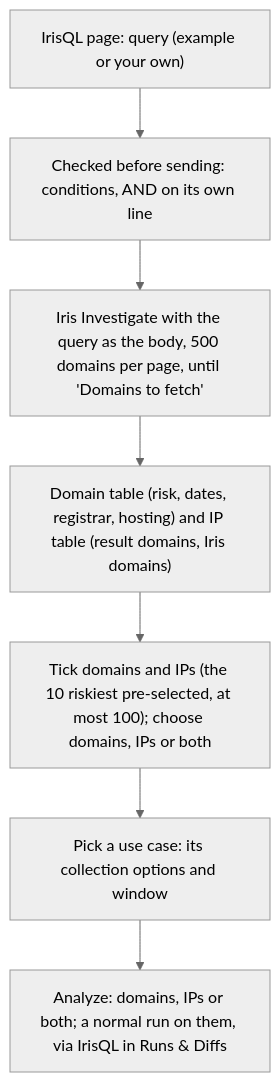
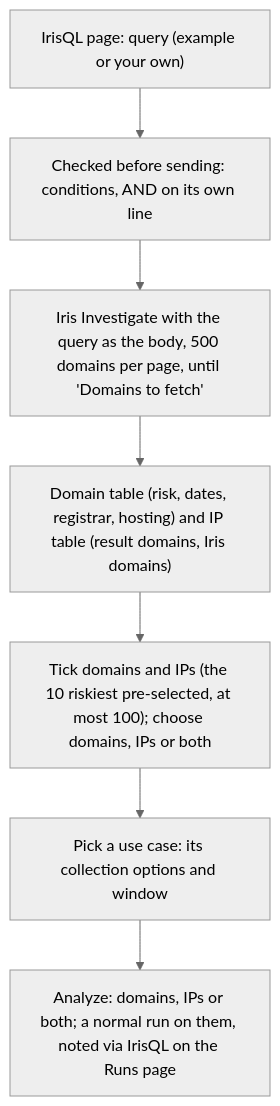
The third of 8 diagrams in docs/WORKFLOWS.md (mmesojedec/DomainTools_Analysis_Detection), drawn with Mermaid (neutral theme) before and after one commit. The commit also changed other lines of this file and 101 other files, not shown here.

````diff
--- a/docs/WORKFLOWS.md
+++ b/docs/WORKFLOWS.md
@@ -86,9 +85,9 @@
 ```mermaid
 flowchart TD
     A["IrisQL page: query (example or your own)"] --> B["Checked before sending: conditions, AND on its own line"]
     B --> C["Iris Investigate with the query as the body, 500 domains per page, until 'Domains to fetch'"]
     C --> D["Domain table (risk, dates, registrar, hosting) and IP table (result domains, Iris domains)"]
     D --> E["Tick domains and IPs (the 10 riskiest pre-selected, at most 100); choose domains, IPs or both"]
     E --> F["Pick a use case: its collection options and window"]
-    F --> G["Analyze: domains, IPs or both; a normal run on them, via IrisQL in Runs & Diffs"]
+    F --> G["Analyze: domains, IPs or both; a normal run on them, noted via IrisQL on the Runs page"]
 ```
````
